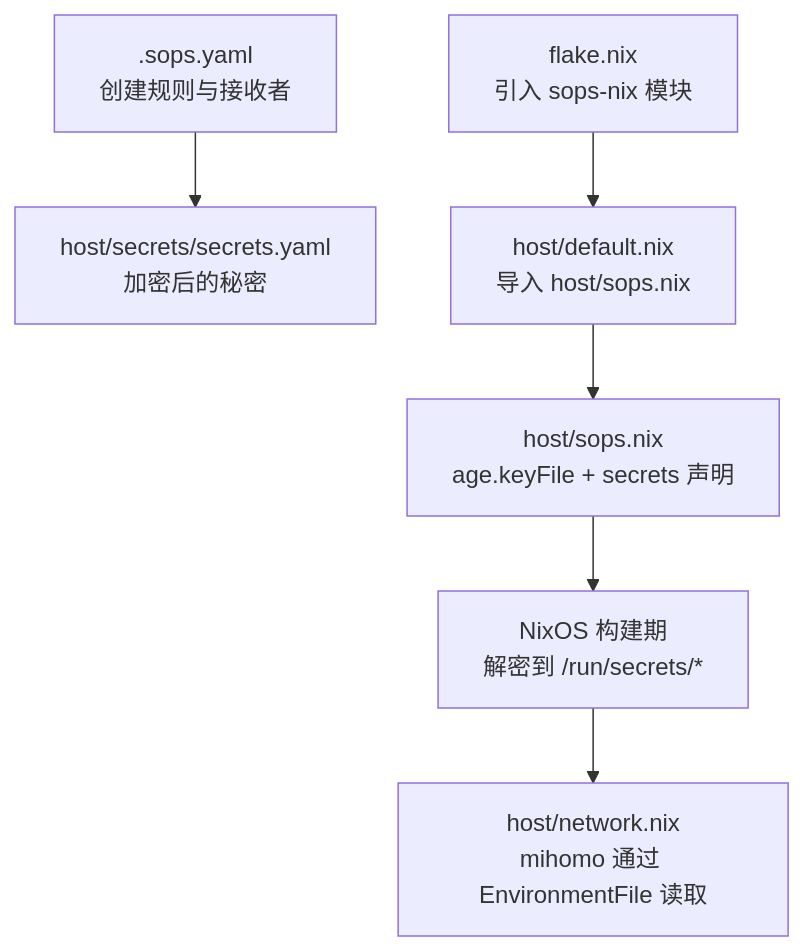
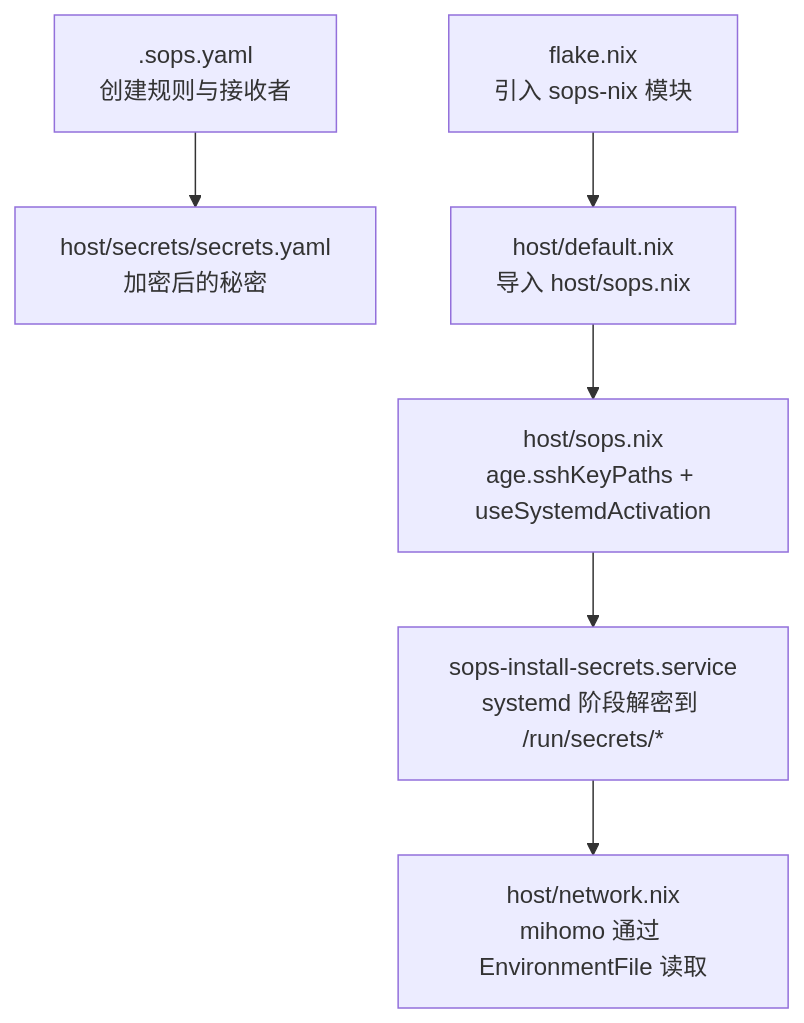
One commit to Shangshui0302/myNixOSConfig changed the first of 3 diagrams in wiki/security/sops.md. Above: the diagram before and after it, drawn with Mermaid. The commit also changed other lines of this file and 16 other files, not shown here.

First line of the commit message:
fix(sops): switch decryption to SSH host key + useSystemdActivation

````diff
--- a/wiki/security/sops.md
+++ b/wiki/security/sops.md
@@ -30,8 +33,8 @@
 ```mermaid
 graph TB
 A[".sops.yaml<br/>创建规则与接收者"] --> B["host/secrets/secrets.yaml<br/>加密后的秘密"]
 C["flake.nix<br/>引入 sops-nix 模块"] --> D["host/default.nix<br/>导入 host/sops.nix"]
-D --> E["host/sops.nix<br/>age.keyFile + secrets 声明"]
-E --> F["NixOS 构建期<br/>解密到 /run/secrets/*"]
+D --> E["host/sops.nix<br/>age.sshKeyPaths + useSystemdActivation"]
+E --> F["sops-install-secrets.service<br/>systemd 阶段解密到 /run/secrets/*"]
 F --> G["host/network.nix<br/>mihomo 通过 EnvironmentFile 读取"]
 ```
````
